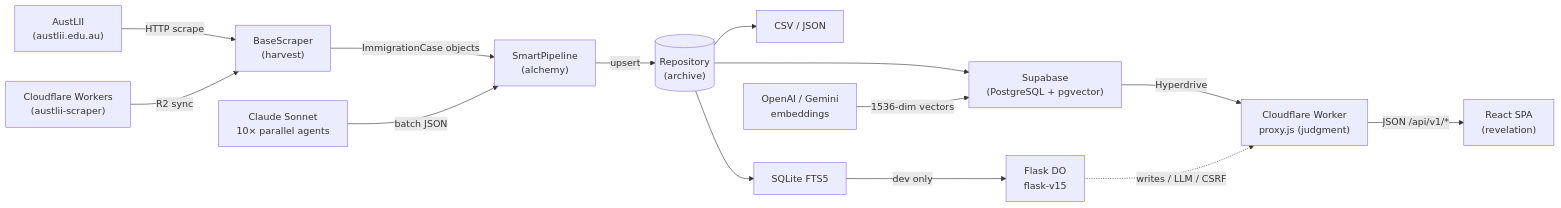
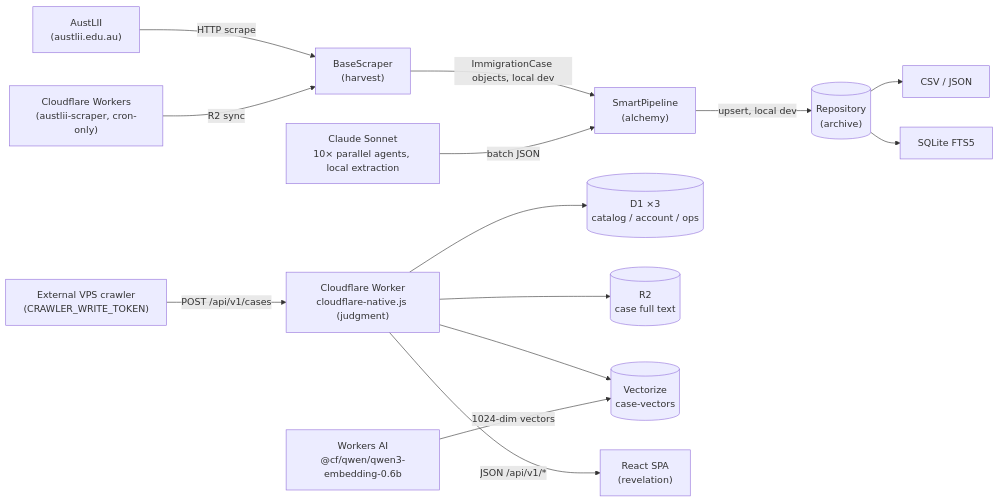
Before and after one commit to Tracker-Tech-Pty-Ltd/IMMI-Case-: the first of 2 diagrams in README.md, drawn with Mermaid. The commit also changed other lines of this file and 8 other files, not shown here.

First line of the commit message:
docs: align architecture docs with the shipped Cloudflare-native stack

````diff
--- a/README.md
+++ b/README.md
@@ -313,16 +313,16 @@
 ```mermaid
 flowchart LR
     A["AustLII\n(austlii.edu.au)"] -->|HTTP scrape| B["BaseScraper\n(harvest)"]
-    CF["Cloudflare Workers\n(austlii-scraper)"] -->|R2 sync| B
-    B -->|ImmigrationCase objects| C["SmartPipeline\n(alchemy)"]
-    C -->|upsert| D[("Repository\n(archive)")]
+    CF["Cloudflare Workers\n(austlii-scraper, cron-only)"] -->|R2 sync| B
+    VPS["External VPS crawler\n(CRAWLER_WRITE_TOKEN)"] -->|POST /api/v1/cases| E
+    B -->|ImmigrationCase objects, local dev| C["SmartPipeline\n(alchemy)"]
+    C -->|upsert, local dev| D[("Repository\n(archive)")]
     D --> D1[CSV / JSON]
     D --> D2[SQLite FTS5]
-    D --> D3["Supabase\n(PostgreSQL + pgvector)"]
-    D3 -->|Hyperdrive| E["Cloudflare Worker\nproxy.js (judgment)"]
-    D2 -->|dev only| FALLBACK["Flask DO\nflask-v15"]
-    FALLBACK -.->|writes / LLM / CSRF| E
+    E["Cloudflare Worker\ncloudflare-native.js (judgment)"] --> D3[("D1 ×3\ncatalog / account / ops")]
+    E --> D4[("R2\ncase full text")]
+    E --> D5[("Vectorize\ncase-vectors")]
     E -->|JSON /api/v1/*| F["React SPA\n(revelation)"]
-    LLM["Claude Sonnet\n10× parallel agents"] -->|batch JSON| C
-    EMBED["OpenAI / Gemini\nembeddings"] -->|1536-dim vectors| D3
+    LLM["Claude Sonnet\n10× parallel agents, local extraction"] -->|batch JSON| C
+    AI["Workers AI\n@cf/qwen/qwen3-embedding-0.6b"] -->|1024-dim vectors| D5
 ```
````
